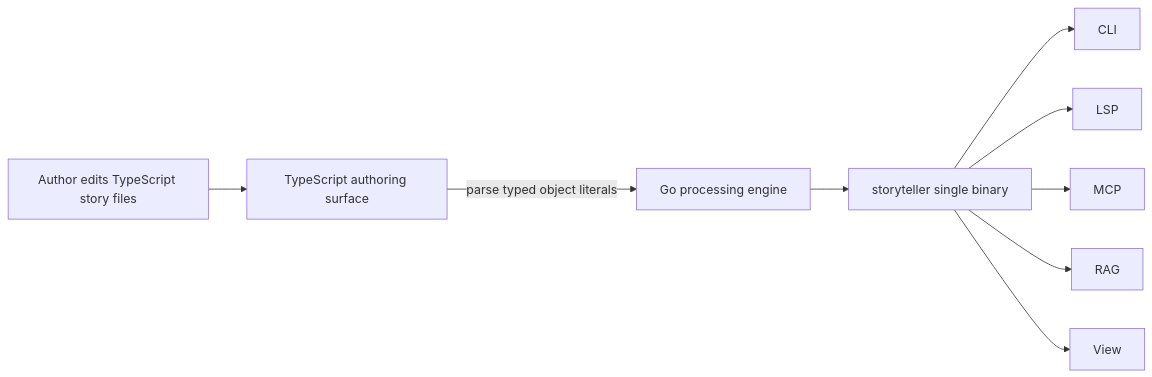
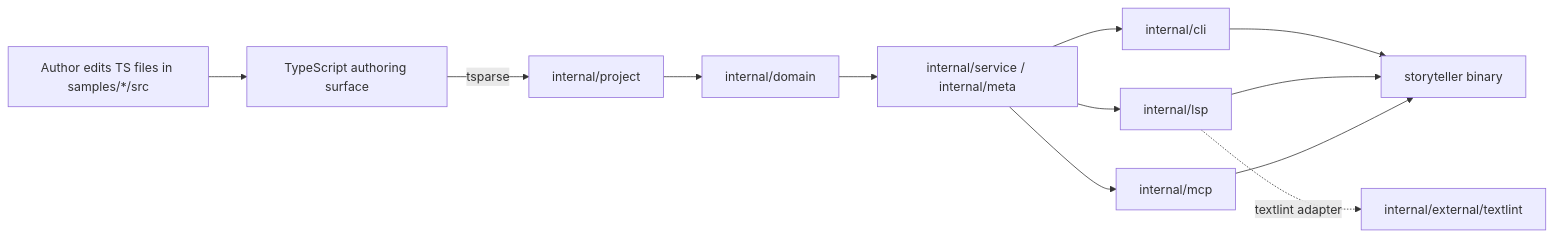
One commit to nekowasabi/street-storyteller changed the diagram in docs/architecture.md. Above: the diagram before and after it, drawn with Mermaid. The commit also changed other lines of this file and 1 other file, not shown here.

Commit message:
docs(architecture): Go移植後の二層構造憲章へ刷新

````diff
--- a/docs/architecture.md
+++ b/docs/architecture.md
@@ -46,16 +47,14 @@
 ```mermaid
 flowchart LR
-  Author[Author edits TypeScript story files]
-  TS[TypeScript authoring surface]
-  Go[Go processing engine]
-  Binary[storyteller single binary]
-
-  Author --> TS
-  TS -->|parse typed object literals| Go
-  Go --> Binary
-  Binary --> CLI[CLI]
-  Binary --> LSP[LSP]
-  Binary --> MCP[MCP]
-  Binary --> RAG[RAG]
-  Binary --> View[View]
+    Author[Author edits TS files in samples/*/src] --> TS[TypeScript authoring surface]
+    TS -->|tsparse| Project[internal/project]
+    Project --> Domain[internal/domain]
+    Domain --> Service[internal/service / internal/meta]
+    Service --> CLI[internal/cli]
+    Service --> LSP[internal/lsp]
+    Service --> MCP[internal/mcp]
+    LSP -. textlint adapter .-> Textlint[internal/external/textlint]
+    CLI --> Bin[storyteller binary]
+    LSP --> Bin
+    MCP --> Bin
 ```
````
